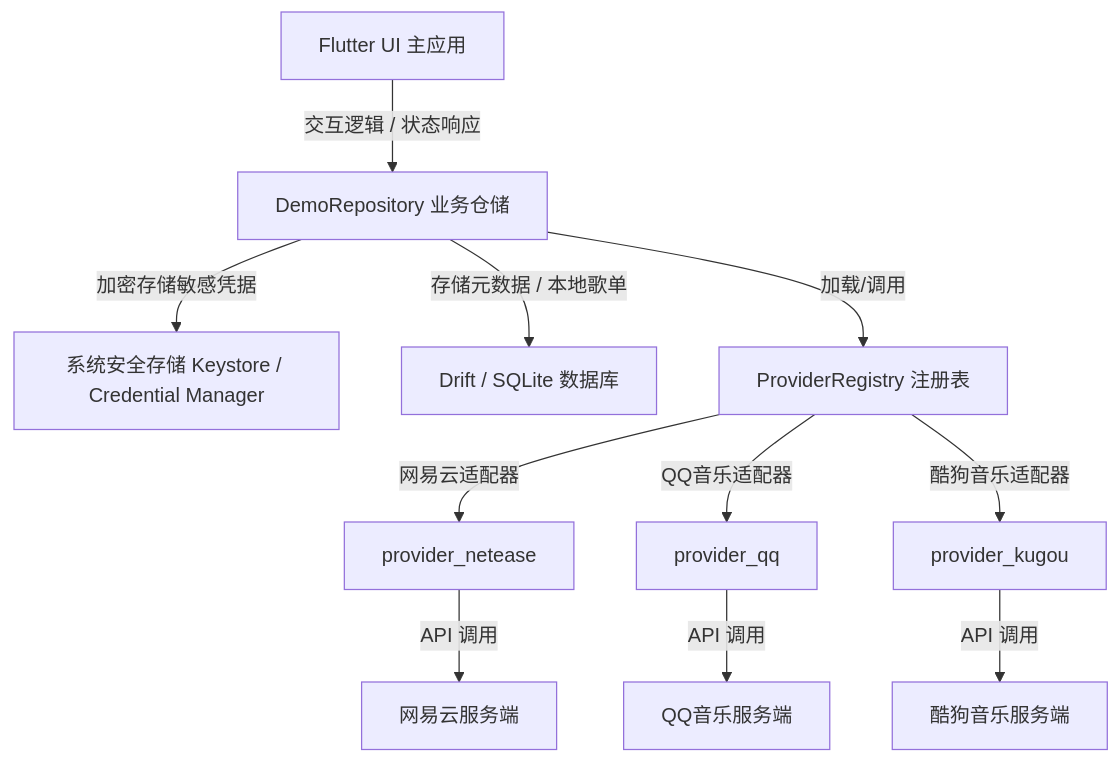
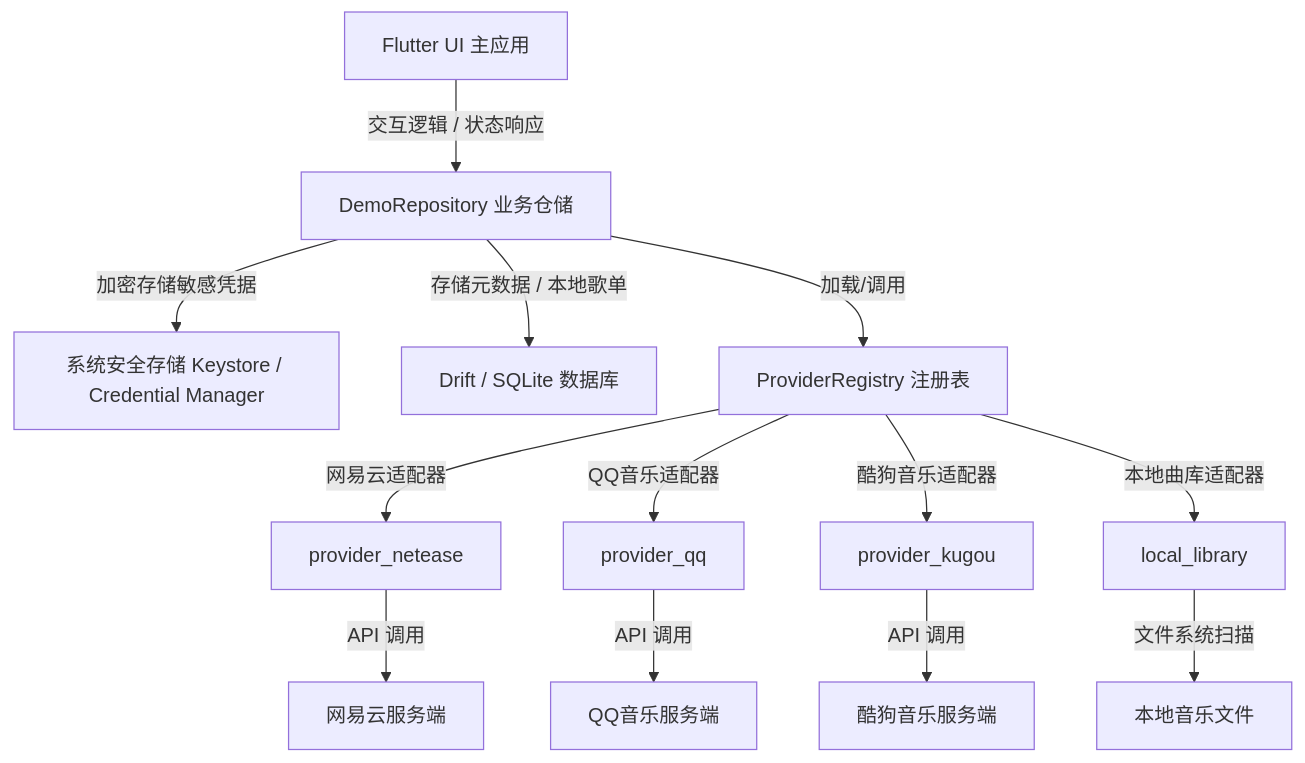
The diagram in README.md (VirgoooooX/melo-union), drawn with Mermaid before and after one commit. The commit also changed other lines of this file, not shown here.

````diff
--- a/README.md
+++ b/README.md
@@ -67,15 +78,17 @@
 ```mermaid
 graph TD
     App[Flutter UI 主应用] -->|交互逻辑 / 状态响应| Repo[DemoRepository 业务仓储]
     Repo -->|加密存储敏感凭据| Secure[系统安全存储 Keystore / Credential Manager]
     Repo -->|存储元数据 / 本地歌单| Drift[Drift / SQLite 数据库]
     Repo -->|加载/调用| Registry[ProviderRegistry 注册表]
     
     Registry -->|网易云适配器| Netease[provider_netease]
     Registry -->|QQ音乐适配器| QQMusic[provider_qq]
     Registry -->|酷狗音乐适配器| Kugou[provider_kugou]
+    Registry -->|本地曲库适配器| Local[local_library]
     
     Netease -->|API 调用| NetEaseCloud[网易云服务端]
     QQMusic -->|API 调用| QQMusicCloud[QQ音乐服务端]
     Kugou -->|API 调用| KugouCloud[酷狗音乐服务端]
+    Local -->|文件系统扫描| LocalFiles[本地音乐文件]
 ```
````
